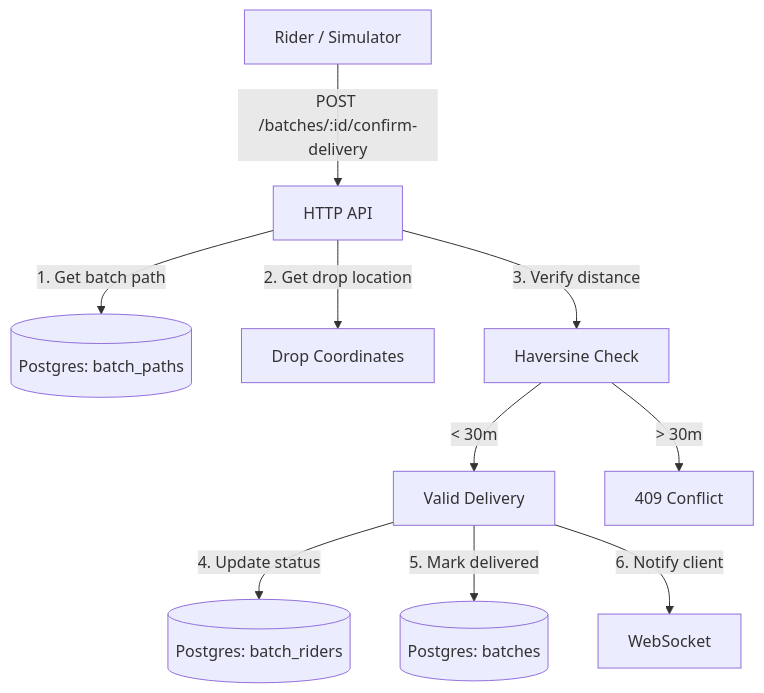
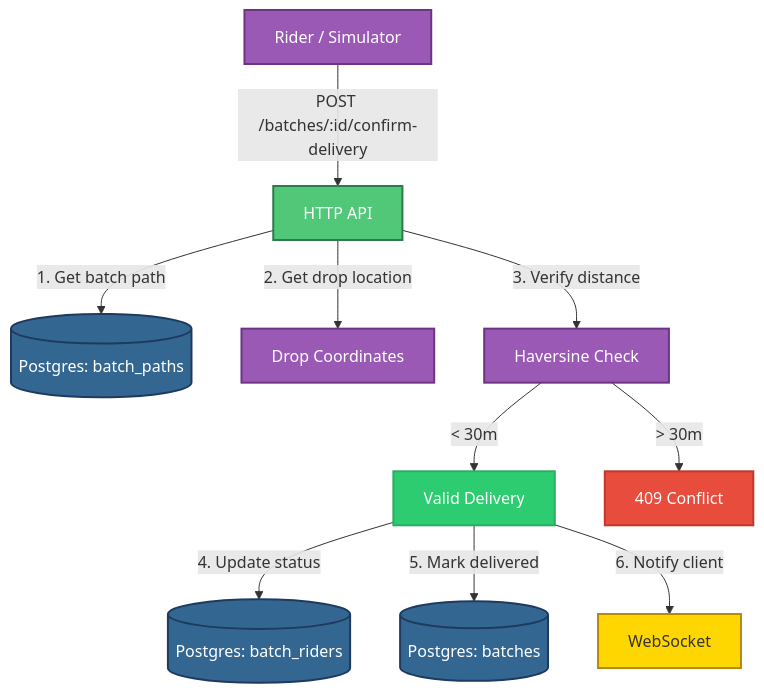
The fifth of 6 diagrams in README.md (RatnakirtiKamble/DeliveryGo), drawn with Mermaid before and after one commit. The commit also changed other lines of this file, not shown here.

````diff
--- a/README.md
+++ b/README.md
@@ -134,15 +165,23 @@
 ```mermaid
 flowchart TD
-    RiderSim[Rider / Simulator] -->|POST /batches/:id/confirm-delivery| API[HTTP API]
+    RiderSim[Rider / Simulator]:::simulator -->|POST /batches/:id/confirm-delivery| API[HTTP API]:::api
     
-    API -->|1. Get batch path| PG_BatchPath[(Postgres: batch_paths)]
-    API -->|2. Get drop location| Location[Drop Coordinates]
+    API -->|1. Get batch path| PG_BatchPath[(Postgres: batch_paths)]:::postgres
+    API -->|2. Get drop location| Location[Drop Coordinates]:::compute
     
-    API -->|3. Verify distance| Haversine[Haversine Check]
-    Haversine -->|< 30m| Valid[Valid Delivery]
-    Haversine -->|> 30m| Invalid[409 Conflict]
+    API -->|3. Verify distance| Haversine[Haversine Check]:::compute
+    Haversine -->|< 30m| Valid[Valid Delivery]:::success
+    Haversine -->|> 30m| Invalid[409 Conflict]:::error
     
-    Valid -->|4. Update status| PG_Riders[(Postgres: batch_riders)]
-    Valid -->|5. Mark delivered| PG_Batches[(Postgres: batches)]
-    Valid -->|6. Notify client| WS[WebSocket]
+    Valid -->|4. Update status| PG_Riders[(Postgres: batch_riders)]:::postgres
+    Valid -->|5. Mark delivered| PG_Batches[(Postgres: batches)]:::postgres
+    Valid -->|6. Notify client| WS[WebSocket]:::websocket
+    
+    classDef simulator fill:#9B59B6,stroke:#6C3483,stroke-width:2px,color:#fff
+    classDef api fill:#50C878,stroke:#2D7A4A,stroke-width:2px,color:#fff
+    classDef postgres fill:#336791,stroke:#1E3A5F,stroke-width:2px,color:#fff
+    classDef compute fill:#9B59B6,stroke:#6C3483,stroke-width:2px,color:#fff
+    classDef success fill:#2ECC71,stroke:#27AE60,stroke-width:2px,color:#fff
+    classDef error fill:#E74C3C,stroke:#C0392B,stroke-width:2px,color:#fff
+    classDef websocket fill:#FFD700,stroke:#B8860B,stroke-width:2px,color:#333
 ```
````
